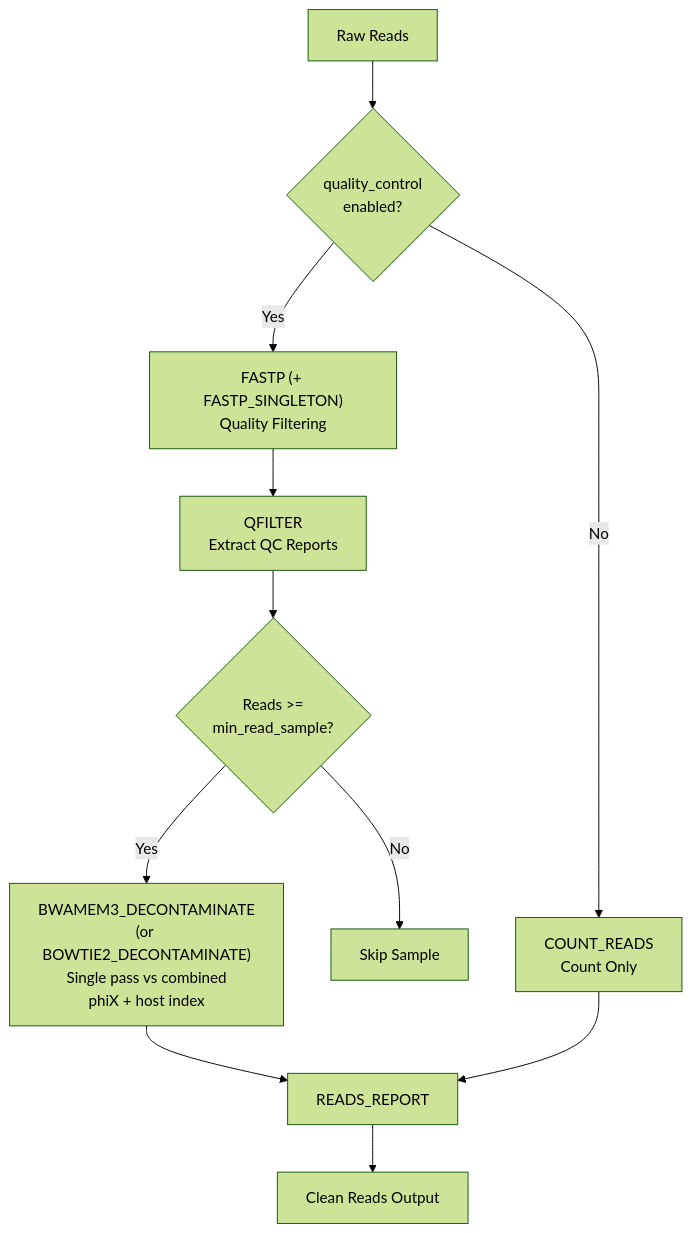
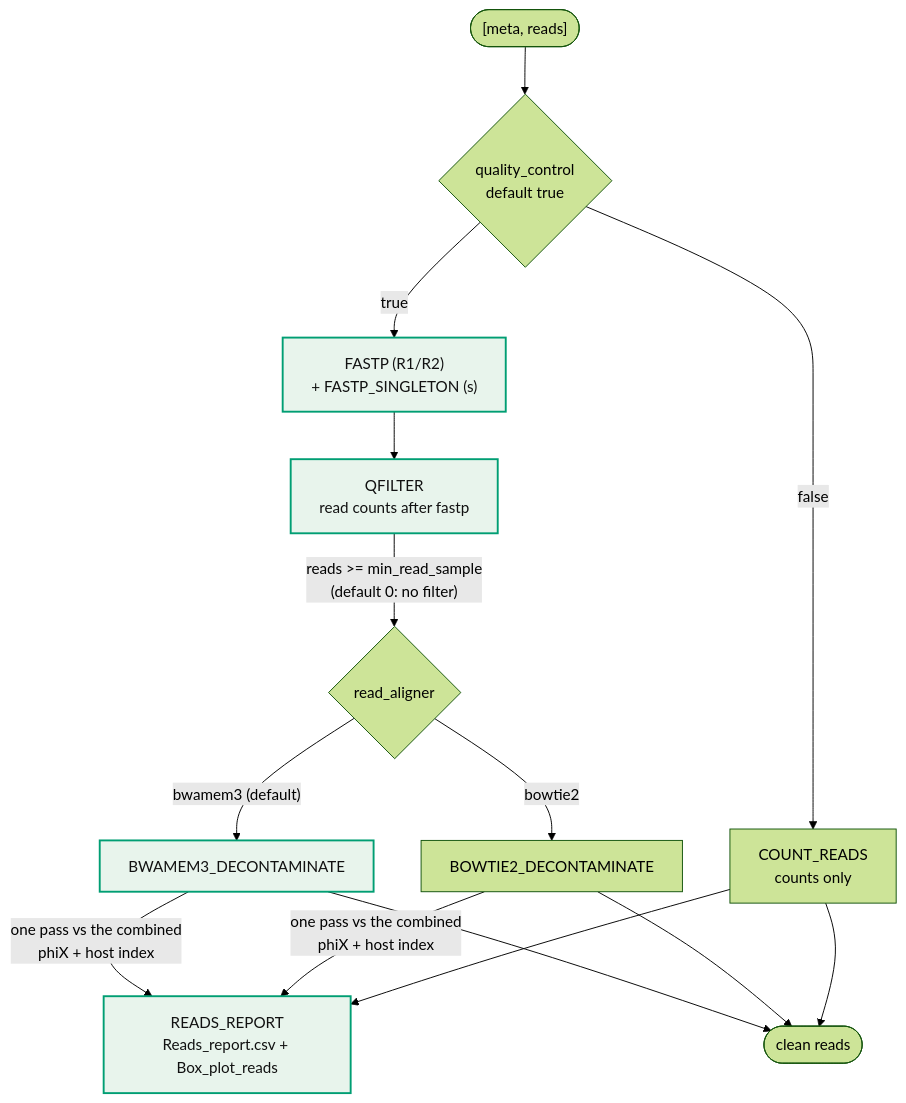
The fourth of 13 diagrams in docs/WORKFLOW_DIAGRAM.md (gene2dis/BugBuster), drawn with Mermaid (forest theme) before and after one commit. The commit also changed other lines of this file and 2 other files, not shown here.

First line of the commit message:
docs(diagrams): bring WORKFLOW_DIAGRAM.md in step with main.nf (roadmap D1)

````diff
--- a/docs/WORKFLOW_DIAGRAM.md
+++ b/docs/WORKFLOW_DIAGRAM.md
@@ -159,16 +189,16 @@
 ```mermaid
 flowchart TD
-    Reads[Raw Reads] --> QCCheck{quality_control<br/>enabled?}
-    
-    QCCheck -->|Yes| FASTP["FASTP (+ FASTP_SINGLETON)<br/>Quality Filtering"]
-    FASTP --> QFILTER[QFILTER<br/>Extract QC Reports]
-    QFILTER --> MinReads{Reads >=<br/>min_read_sample?}
-    MinReads -->|Yes| Decontaminate["BWAMEM3_DECONTAMINATE<br/>(or BOWTIE2_DECONTAMINATE)<br/>Single pass vs combined<br/>phiX + host index"]
-    MinReads -->|No| Skip1[Skip Sample]
-    Decontaminate --> ReadsReport[READS_REPORT]
-    
-    QCCheck -->|No| CountReads[COUNT_READS<br/>Count Only]
-    CountReads --> ReadsReport
-    
-    ReadsReport --> CleanReads[Clean Reads Output]
+    Reads(["[meta, reads]"]) --> Q{quality_control<br/>default true}
+    Q -->|true| FASTP["FASTP (R1/R2)<br/>+ FASTP_SINGLETON (s)"]
+    FASTP --> QFILTER["QFILTER<br/>read counts after fastp"]
+    QFILTER -->|"reads >= min_read_sample<br/>(default 0: no filter)"| Decon{read_aligner}
+    Decon -->|"bwamem3 (default)"| BWAMEM3_DECONTAMINATE
+    Decon -->|bowtie2| BOWTIE2_DECONTAMINATE
+    BWAMEM3_DECONTAMINATE & BOWTIE2_DECONTAMINATE -->|"one pass vs the combined<br/>phiX + host index"| READS_REPORT
+    Q -->|false| COUNT_READS["COUNT_READS<br/>counts only"]
+    COUNT_READS --> READS_REPORT["READS_REPORT<br/>Reads_report.csv + Box_plot_reads"]
+    BWAMEM3_DECONTAMINATE & BOWTIE2_DECONTAMINATE & COUNT_READS --> Clean(["clean reads"])
+
+    classDef on fill:#E8F4EC,stroke:#009E73,stroke-width:2px,color:#111
+    class FASTP,QFILTER,BWAMEM3_DECONTAMINATE,READS_REPORT on
 ```
````
